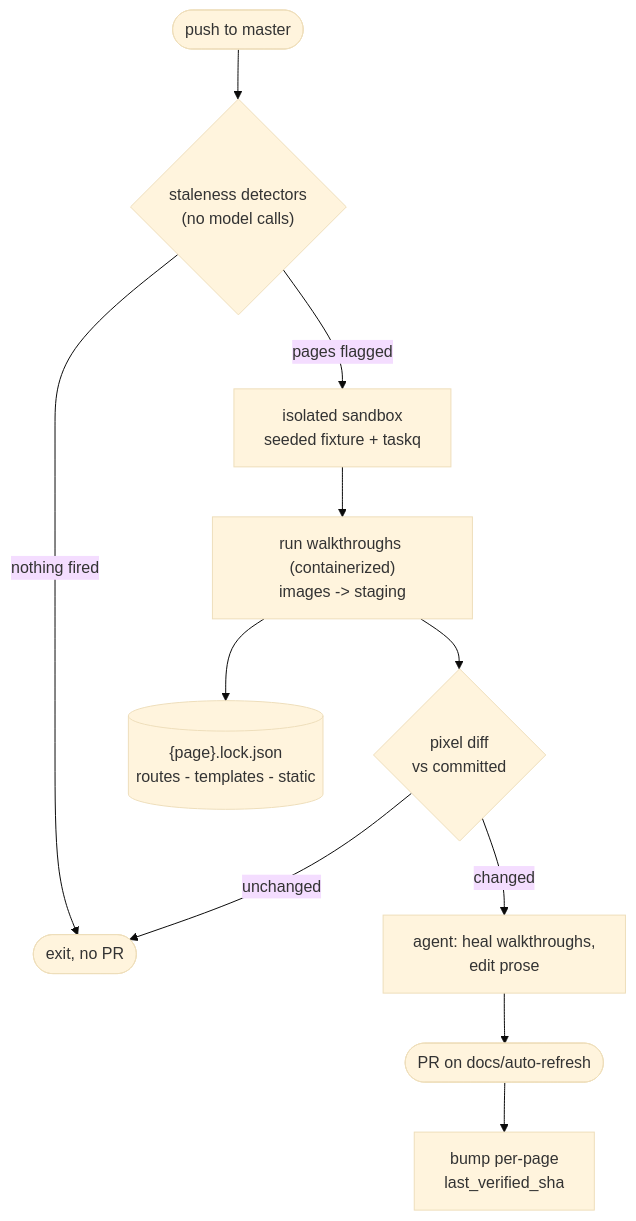
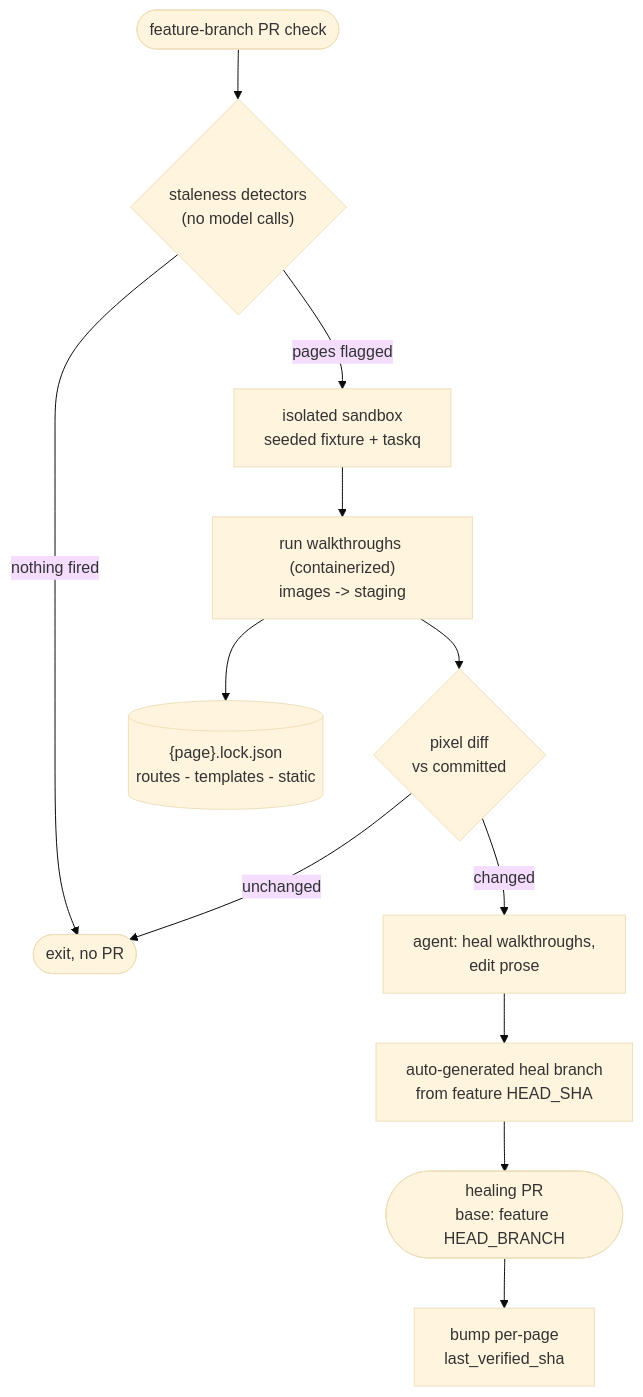
The diagram in yaffo_ui_tests/docs/documentation_automation.md (Jason-Turan0/yaffo), drawn with Mermaid (base theme) before and after one commit. The commit also changed other lines of this file and 11 other files, not shown here.

````diff
--- a/yaffo_ui_tests/docs/documentation_automation.md
+++ b/yaffo_ui_tests/docs/documentation_automation.md
@@ -75,13 +76,14 @@
 ```mermaid
 flowchart TD
-    push([push to master]) --> detectors{"staleness detectors<br/>(no model calls)"}
+    push([feature-branch PR check]) --> detectors{"staleness detectors<br/>(no model calls)"}
     detectors -->|nothing fired| stop([exit, no PR])
     detectors -->|pages flagged| sandbox["isolated sandbox<br/>seeded fixture + taskq"]
     sandbox --> capture["run walkthroughs (containerized)<br/>images -> staging"]
     capture --> obs[("{page}.lock.json<br/>routes - templates - static")]
     capture --> pdiff{"pixel diff<br/>vs committed"}
     pdiff -->|unchanged| stop
     pdiff -->|changed| agent["agent: heal walkthroughs,<br/>edit prose"]
-    agent --> pr([PR on docs/auto-refresh])
+    agent --> branch[auto-generated heal branch<br/>from feature HEAD_SHA]
+    branch --> pr([healing PR<br/>base: feature HEAD_BRANCH])
     pr --> watermark["bump per-page<br/>last_verified_sha"]
 ```
````
